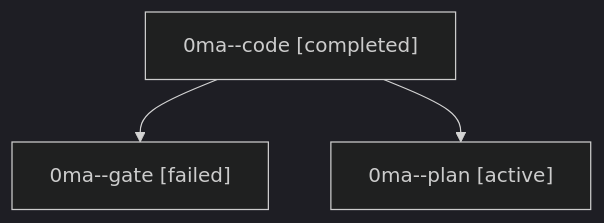
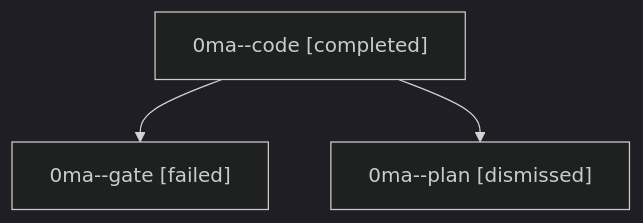
Before and after one commit to sase-org/sase--agents: the diagram in sessions/bbugyi200.athena.0ma.md, drawn with Mermaid (dark theme). The commit also changed other lines of this file and 30 other files, not shown here.

````diff
--- a/sessions/bbugyi200.athena.0ma.md
+++ b/sessions/bbugyi200.athena.0ma.md
@@ -9,8 +9,8 @@
 ```mermaid
 flowchart TD
   n0["0ma--code [completed]"]
   n1["0ma--gate [failed]"]
   n0 --> n1
-  n2["0ma--plan [active]"]
+  n2["0ma--plan [dismissed]"]
   n0 --> n2
 ```
````
